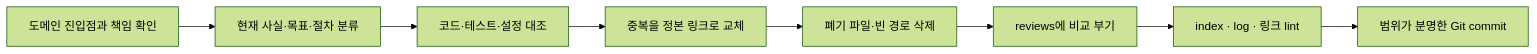
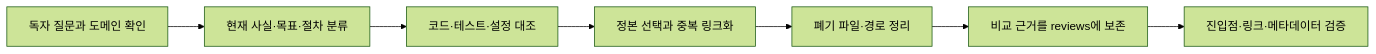
The diagram in docs/governance/documentation-rewrite-guide.md (yarang/grok-fleet-orchestrator), drawn with Mermaid (forest theme) before and after one commit. The commit also changed other lines of this file and 70 other files, not shown here.

````diff
--- a/docs/governance/documentation-rewrite-guide.md
+++ b/docs/governance/documentation-rewrite-guide.md
@@ -118,10 +78,9 @@
 ```mermaid
 flowchart LR
-    A["도메인 진입점과 책임 확인"] --> B["현재 사실·목표·절차 분류"]
-    B --> C["코드·테스트·설정 대조"]
-    C --> D["중복을 정본 링크로 교체"]
-    D --> E["폐기 파일·빈 경로 삭제"]
-    E --> F["reviews에 비교 부기"]
-    F --> G["index · log · 링크 lint"]
-    G --> H["범위가 분명한 Git commit"]
+    Scope["독자 질문과 도메인 확인"] --> Classify["현재 사실·목표·절차 분류"]
+    Classify --> Verify["코드·테스트·설정 대조"]
+    Verify --> Canonical["정본 선택과 중복 링크화"]
+    Canonical --> Cleanup["폐기 파일·경로 정리"]
+    Cleanup --> Review["비교 근거를 reviews에 보존"]
+    Review --> Validate["진입점·링크·메타데이터 검증"]
 ```
````
